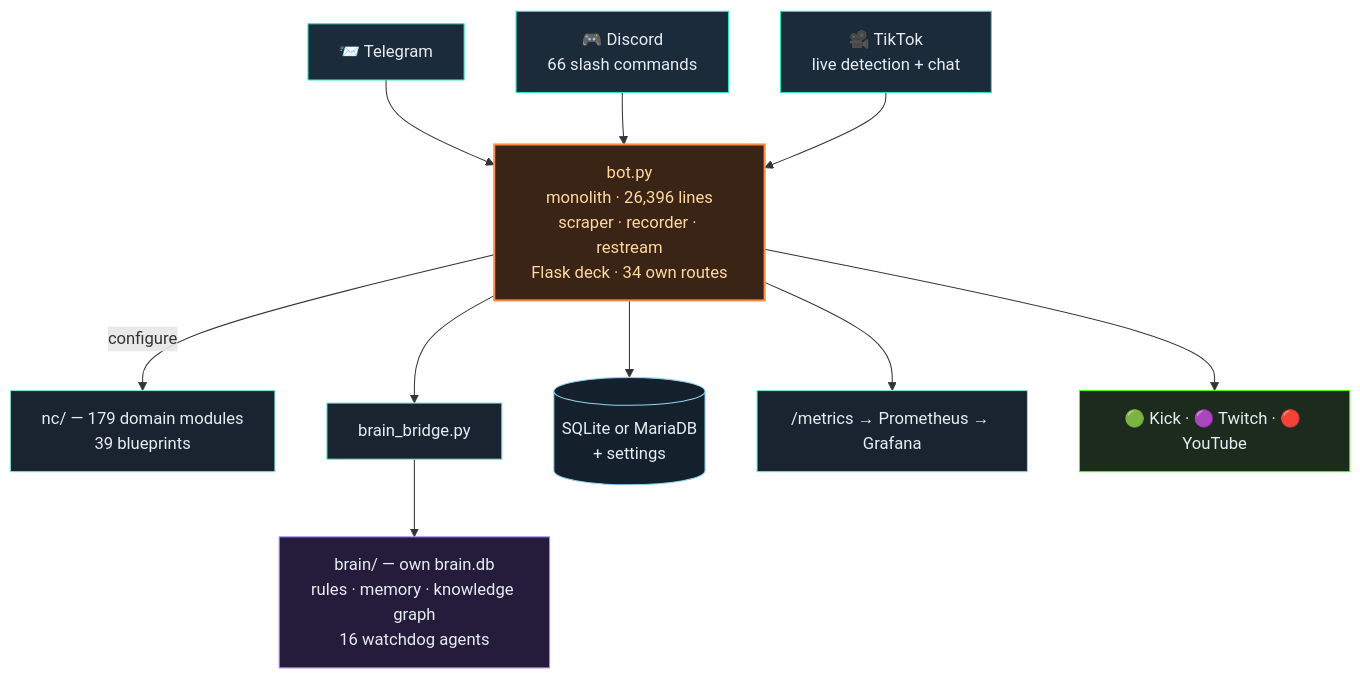
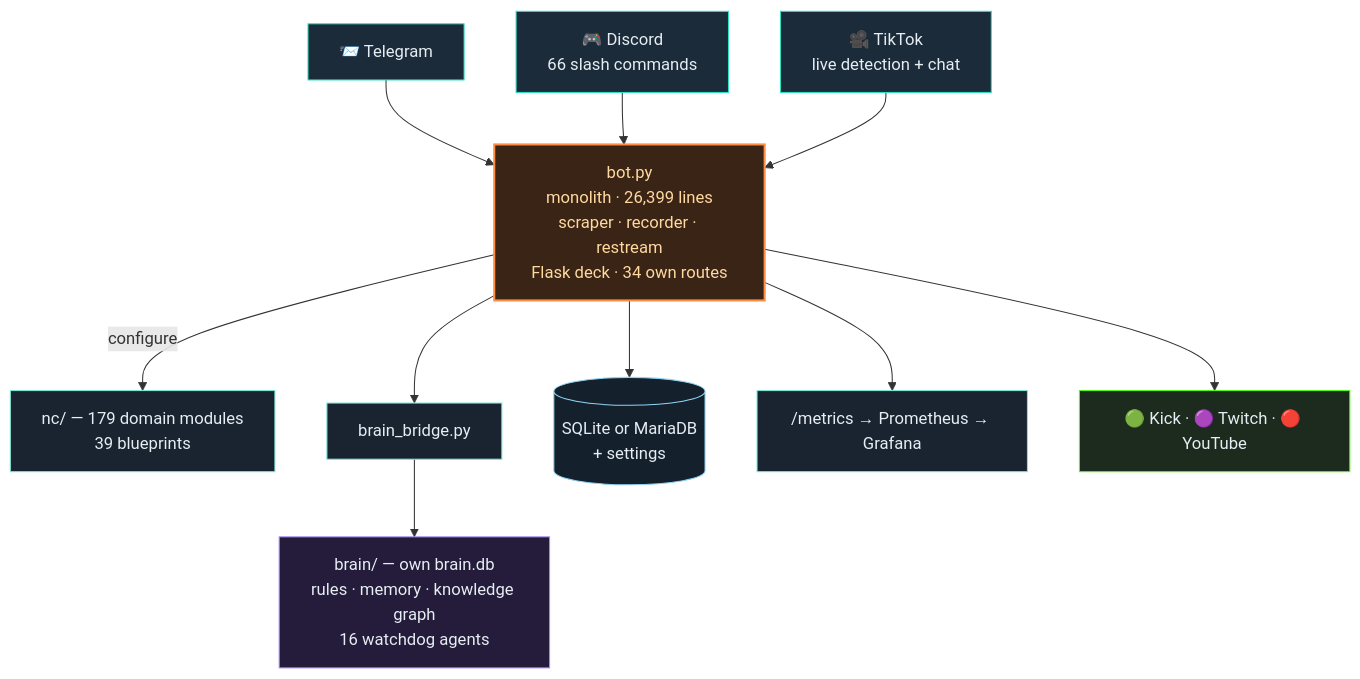
The second of 3 diagrams in README.en.md (itsamemedev/Telegram-Stream-Info-Bot), drawn with Mermaid before and after one commit. The commit also changed other lines of this file and 14 other files, not shown here.

````diff
--- a/README.en.md
+++ b/README.en.md
@@ -119,19 +119,19 @@
 ```mermaid
 flowchart TB
     TG["📨 Telegram"]:::ein --> BOT
     DC["🎮 Discord<br/>66 slash commands"]:::ein --> BOT
     TT["🎥 TikTok<br/>live detection + chat"]:::ein --> BOT
-    BOT["bot.py<br/>monolith · 26,396 lines<br/>scraper · recorder · restream<br/>Flask deck · 34 own routes"]:::core
+    BOT["bot.py<br/>monolith · 26,399 lines<br/>scraper · recorder · restream<br/>Flask deck · 34 own routes"]:::core
     BOT -->|configure| NC["nc/ — 179 domain modules<br/>39 blueprints"]:::lib
     BOT --> BR["brain_bridge.py"]:::lib
     BR --> BRAIN["brain/ — own brain.db<br/>rules · memory · knowledge graph<br/>16 watchdog agents"]:::brain
     BOT --> DB[("SQLite or MariaDB<br/>+ settings")]:::db
     BOT --> PROM["/metrics → Prometheus → Grafana"]:::lib
     BOT --> OUT["🟢 Kick · 🟣 Twitch · 🔴 YouTube"]:::out
     classDef ein fill:#1c2b3a,stroke:#2de1c2,color:#e6edf3
     classDef core fill:#3a2415,stroke:#ff8c42,stroke-width:2px,color:#ffd9a0
     classDef lib fill:#1a2430,stroke:#7fe7d4,color:#e6edf3
     classDef brain fill:#241c3a,stroke:#a78bfa,color:#e6edf3
     classDef db fill:#14202c,stroke:#8fd3f4,color:#e6edf3
     classDef out fill:#1c2b1e,stroke:#53fc18,color:#e6edf3
 ```
````
